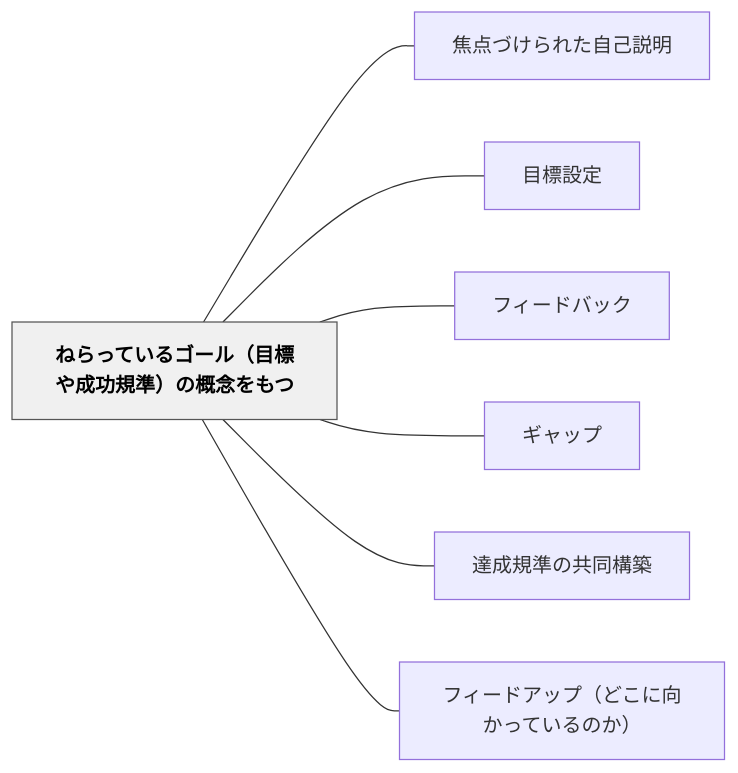
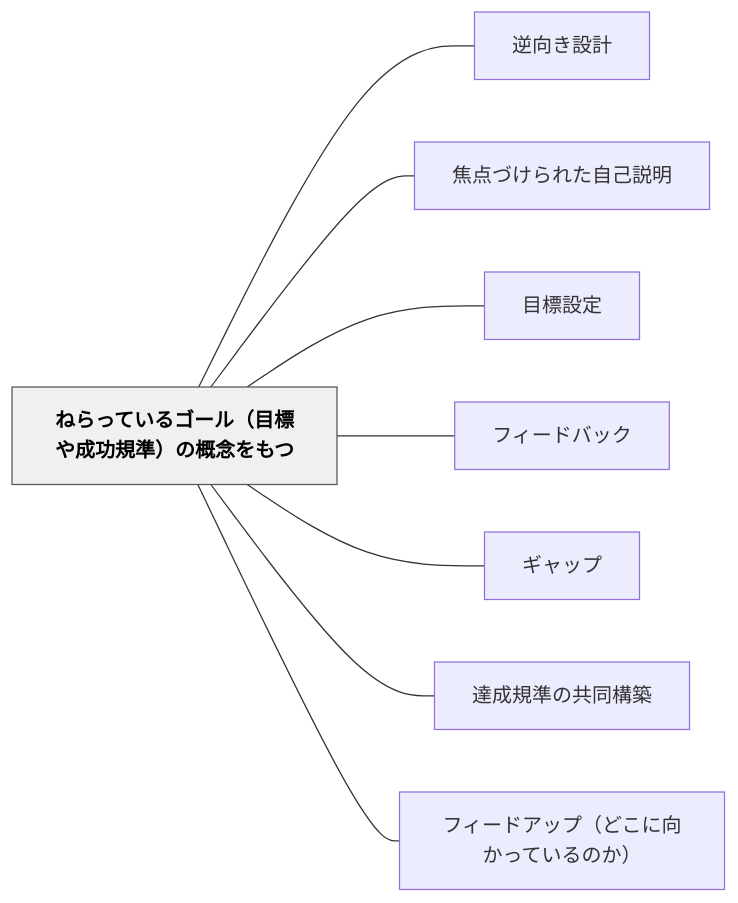
One commit to unknownthings-ed-patterns/unknownthings-ed-patterns changed the diagram in content/パタン/ねらっているゴール（目標や成功規準）の概念をもつ.md. Above: the diagram before and after it, drawn with Mermaid. The commit also changed other lines of this file and 47 other files, not shown here.

````diff
--- a/content/パタン/ねらっているゴール（目標や成功規準）の概念をもつ.md
+++ b/content/パタン/ねらっているゴール（目標や成功規準）の概念をもつ.md
@@ -44,20 +44,22 @@
 ```mermaid
 flowchart LR
     ne381ade38289e381a3e381a6e38184e3828be382b4e383bce383abefbc88e79baee6a899e38284e68890e58a9fe8a68fe6ba96efbc89e381aee6a682e5bfb5e38292e38282e381a4["ねらっているゴール（目標や成功規準）の概念をもつ"]
+    ne98086e59091e3818de8a8ade8a888["逆向き設計"]
     ne784a6e782b9e381a5e38191e38289e3828ce3819fe887aae5b7b1e8aaace6988e["焦点づけられた自己説明"]
     ne79baee6a899e8a8ade5ae9a["目標設定"]
     ne38395e382a3e383bce38389e38390e38383e382af["フィードバック"]
     ne382aee383a3e38383e38397["ギャップ"]
     ne98194e68890e8a68fe6ba96e381aee585b1e5908ce6a78be7af89["達成規準の共同構築"]
     ne38395e382a3e383bce38389e382a2e38383e38397efbc88e381a9e38193e381abe59091e3818be381a3e381a6e38184e3828be381aee3818befbc89["フィードアップ（どこに向かっているのか）"]
 
+    ne381ade38289e381a3e381a6e38184e3828be382b4e383bce383abefbc88e79baee6a899e38284e68890e58a9fe8a68fe6ba96efbc89e381aee6a682e5bfb5e38292e38282e381a4 --- ne98086e59091e3818de8a8ade8a888
     ne381ade38289e381a3e381a6e38184e3828be382b4e383bce383abefbc88e79baee6a899e38284e68890e58a9fe8a68fe6ba96efbc89e381aee6a682e5bfb5e38292e38282e381a4 --- ne784a6e782b9e381a5e38191e38289e3828ce3819fe887aae5b7b1e8aaace6988e
     ne381ade38289e381a3e381a6e38184e3828be382b4e383bce383abefbc88e79baee6a899e38284e68890e58a9fe8a68fe6ba96efbc89e381aee6a682e5bfb5e38292e38282e381a4 --- ne79baee6a899e8a8ade5ae9a
     ne381ade38289e381a3e381a6e38184e3828be382b4e383bce383abefbc88e79baee6a899e38284e68890e58a9fe8a68fe6ba96efbc89e381aee6a682e5bfb5e38292e38282e381a4 --- ne38395e382a3e383bce38389e38390e38383e382af
     ne381ade38289e381a3e381a6e38184e3828be382b4e383bce383abefbc88e79baee6a899e38284e68890e58a9fe8a68fe6ba96efbc89e381aee6a682e5bfb5e38292e38282e381a4 --- ne382aee383a3e38383e38397
     ne381ade38289e381a3e381a6e38184e3828be382b4e383bce383abefbc88e79baee6a899e38284e68890e58a9fe8a68fe6ba96efbc89e381aee6a682e5bfb5e38292e38282e381a4 --- ne98194e68890e8a68fe6ba96e381aee585b1e5908ce6a78be7af89
     ne381ade38289e381a3e381a6e38184e3828be382b4e383bce383abefbc88e79baee6a899e38284e68890e58a9fe8a68fe6ba96efbc89e381aee6a682e5bfb5e38292e38282e381a4 --- ne38395e382a3e383bce38389e382a2e38383e38397efbc88e381a9e38193e381abe59091e3818be381a3e381a6e38184e3828be381aee3818befbc89
 
     classDef hub fill:#f0f0f0,stroke:#555,color:#000,font-weight:bold
     class ne381ade38289e381a3e381a6e38184e3828be382b4e383bce383abefbc88e79baee6a899e38284e68890e58a9fe8a68fe6ba96efbc89e381aee6a682e5bfb5e38292e38282e381a4 hub
 ```
````
